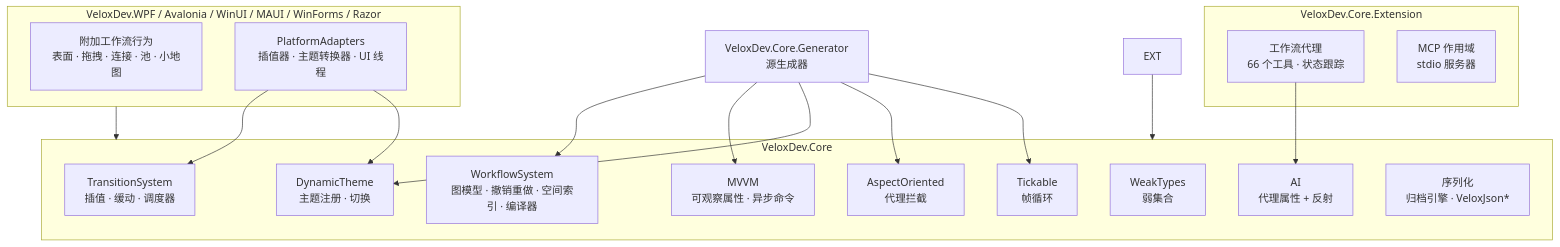
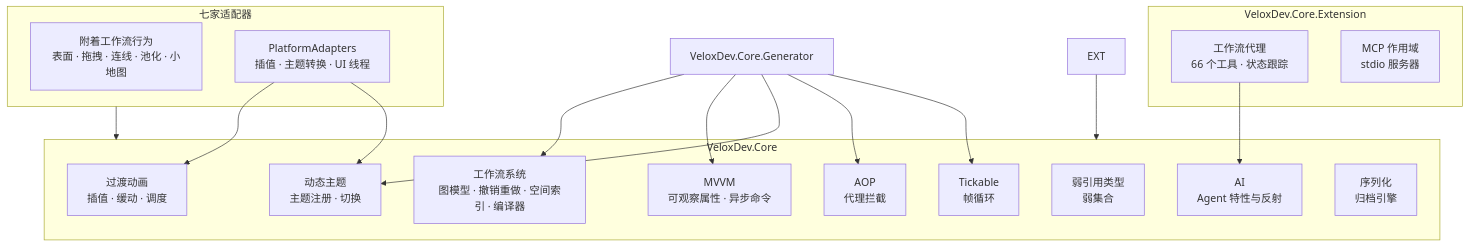
One commit to Axvser/VeloxDev.Docs changed the diagram in src/CloudGlyph/Assets/Docs/content/zh/3_SE分析/01_功能结构/index.md. Above: the diagram before and after it, drawn with Mermaid. The commit also changed other lines of this file and 616 other files, not shown here.

````diff
--- a/src/CloudGlyph/Assets/Docs/content/zh/3_SE分析/01_功能结构/index.md
+++ b/src/CloudGlyph/Assets/Docs/content/zh/3_SE分析/01_功能结构/index.md
@@ -22,32 +22,32 @@
 ```mermaid
 flowchart TD
-    subgraph Core [VeloxDev.Core]
-        WF[WorkflowSystem<br/>图模型 · 撤销重做 · 空间索引 · 编译器]
+    subgraph Core[VeloxDev.Core]
+        WF[工作流系统<br/>图模型 · 撤销重做 · 空间索引 · 编译器]
         MV[MVVM<br/>可观察属性 · 异步命令]
-        TR[TransitionSystem<br/>插值 · 缓动 · 调度器]
-        TH[DynamicTheme<br/>主题注册 · 切换]
-        AOP[AspectOriented<br/>代理拦截]
+        TR[过渡动画<br/>插值 · 缓动 · 调度]
+        TH[动态主题<br/>主题注册 · 切换]
+        AOP[AOP<br/>代理拦截]
         MB[Tickable<br/>帧循环]
-        WT[WeakTypes<br/>弱集合]
-        AI[AI<br/>代理属性 + 反射]
-        SER[序列化<br/>归档引擎 · VeloxJson*]
+        WT[弱引用类型<br/>弱集合]
+        AI[AI<br/>Agent 特性与反射]
+        SER[序列化<br/>归档引擎]
     end
-    subgraph Ext [VeloxDev.Core.Extension]
+    subgraph Ext[VeloxDev.Core.Extension]
         AGT[工作流代理<br/>66 个工具 · 状态跟踪]
         MCP[MCP 作用域<br/>stdio 服务器]
     end
-    subgraph Adapters [VeloxDev.WPF / Avalonia / WinUI / MAUI / WinForms / Razor]
-        AB[附加工作流行为<br/>表面 · 拖拽 · 连接 · 池 · 小地图]
-        PA[PlatformAdapters<br/>插值器 · 主题转换器 · UI 线程]
+    subgraph Adapters[七家适配器]
+        AB[附着工作流行为<br/>表面 · 拖拽 · 连线 · 池化 · 小地图]
+        PA[PlatformAdapters<br/>插值 · 主题转换 · UI 线程]
     end
-    GEN[VeloxDev.Core.Generator<br/>源生成器] --> WF
+    GEN[VeloxDev.Core.Generator] --> WF
     GEN --> MV
     GEN --> TH
     GEN --> AOP
     GEN --> MB
     EXT --> Core
     AGT --> AI
     Adapters --> Core
     PA --> TR
     PA --> TH
 ```
````
